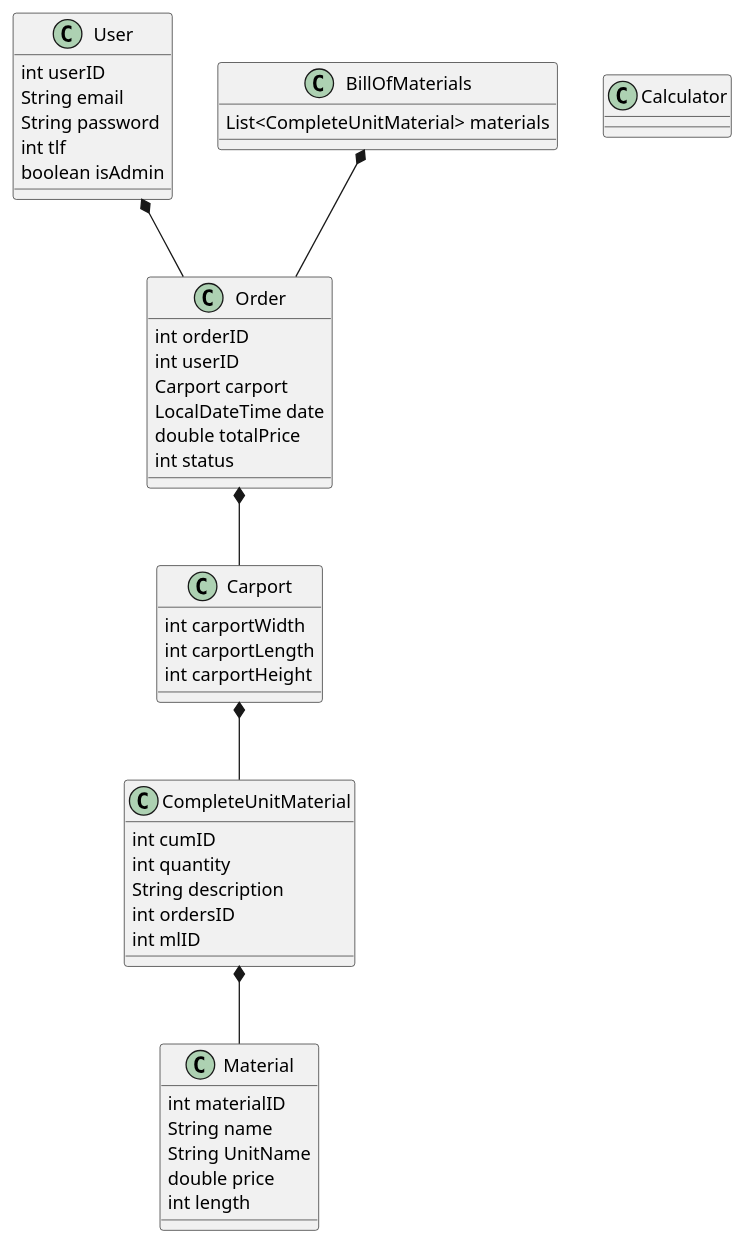
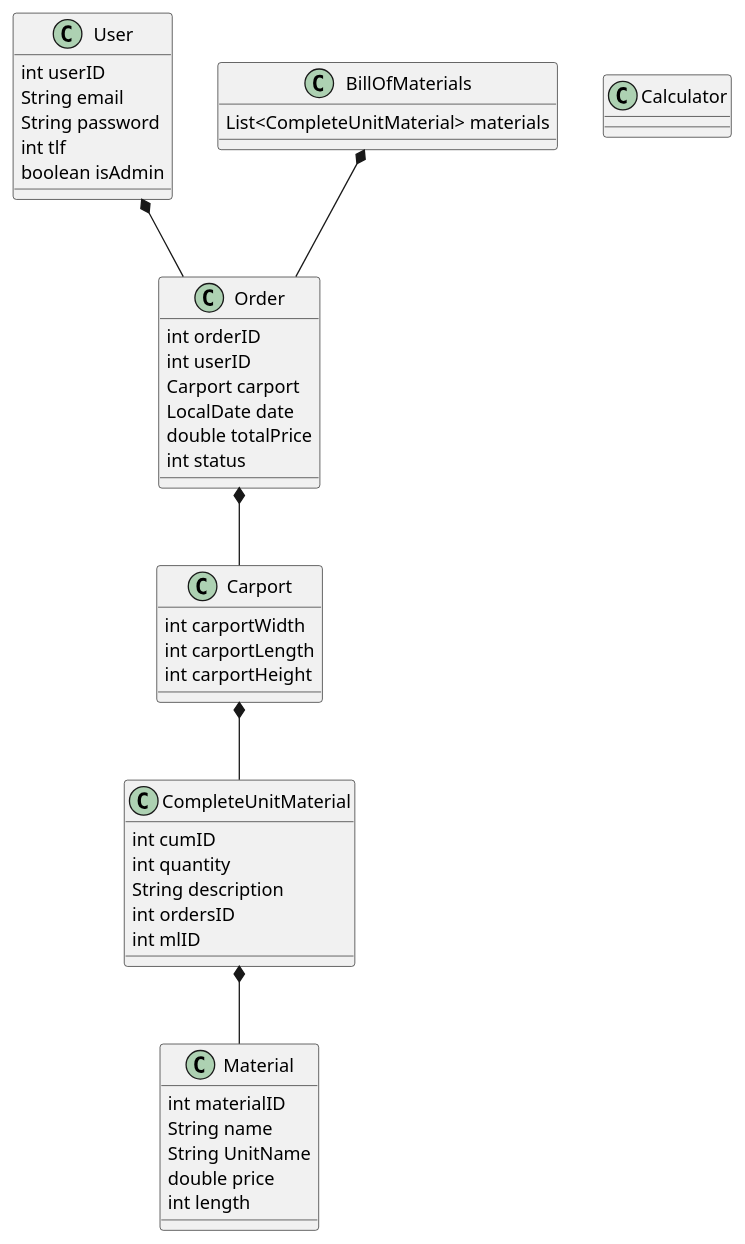
Before and after one commit to JosefBenjamin/CarportProject: the diagram in doc/classDiagram_v1.0.puml, drawn with PlantUML. The commit also changed 6 other files, not shown here.

```diff
--- a/doc/classDiagram_v1.0.puml
+++ b/doc/classDiagram_v1.0.puml
@@ -1,57 +1,57 @@
 @startuml
 class User {
 int userID
 String email
 String password
 int tlf
 boolean isAdmin
 }
 
 class Order {
 int orderID
 int userID
 Carport carport
-LocalDateTime date
+LocalDate date
 double totalPrice
 int status
 }
 
 class CompleteUnitMaterial {
 int cumID
 int quantity
 String description
 int ordersID
 int mlID
 }
 
 class Carport {
 int carportWidth
 int carportLength
 int carportHeight
 }
 
 class BillOfMaterials {
 List<CompleteUnitMaterial> materials
 }
 
 class Material {
 int materialID
 String name
 String UnitName
 double price
 int length
 }
 
 class Calculator {
 }
 
 User *-- Order
 BillOfMaterials *-- Order
 Order *-- Carport
 Carport *-- CompleteUnitMaterial
 CompleteUnitMaterial *-- Material
 
 
 
 
 @enduml
```
